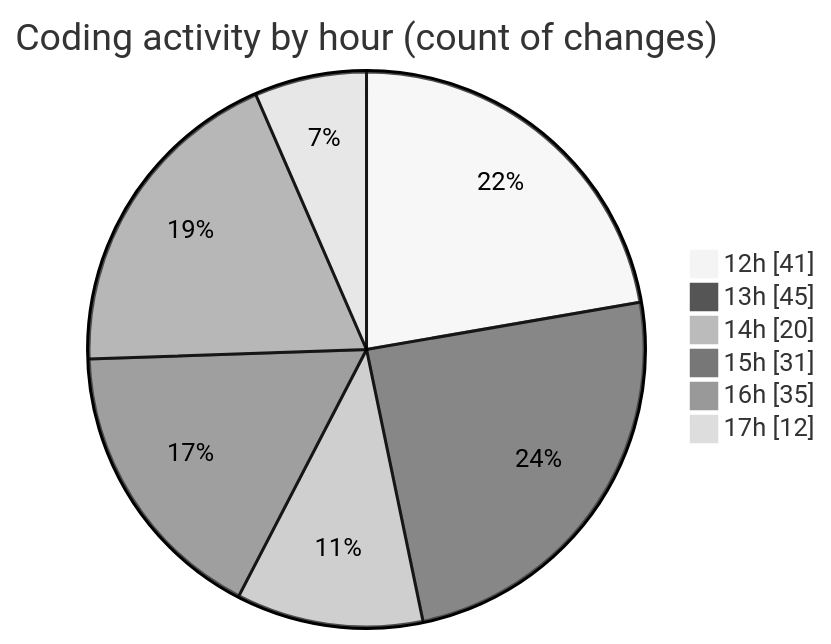
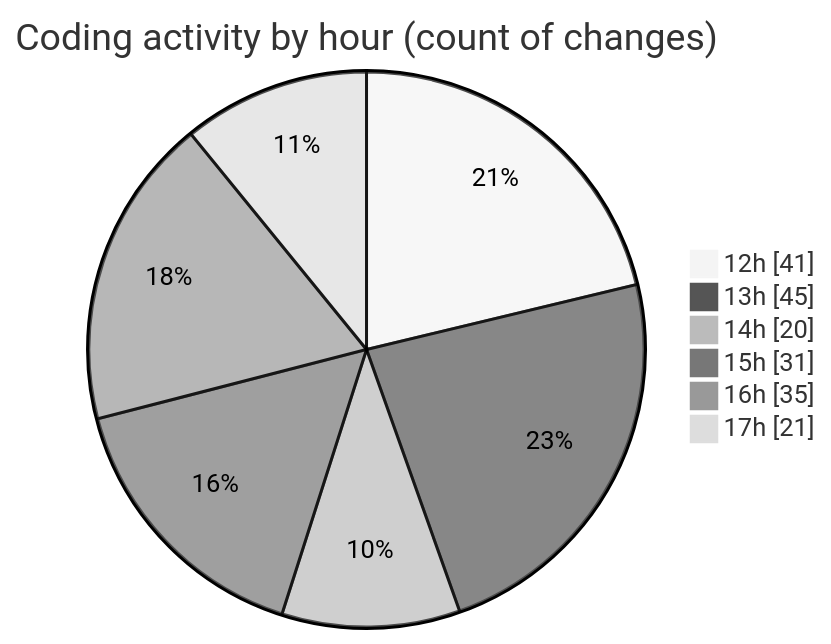
One commit to momahboobian/code-tracking changed the second of 2 diagrams in 2025-12-02/cda/README.md. Above: the diagram before and after it, drawn with Mermaid (neutral theme). The commit also changed other lines of this file and 1 other file, not shown here.

````diff
--- a/2025-12-02/cda/README.md
+++ b/2025-12-02/cda/README.md
@@ -40,10 +40,10 @@
 ```mermaid
 pie showData
 title Coding activity by hour (count of changes)
 "12h" : 41
 "13h" : 45
 "14h" : 20
 "15h" : 31
 "16h" : 35
-"17h" : 12
+"17h" : 21
 ```
````
